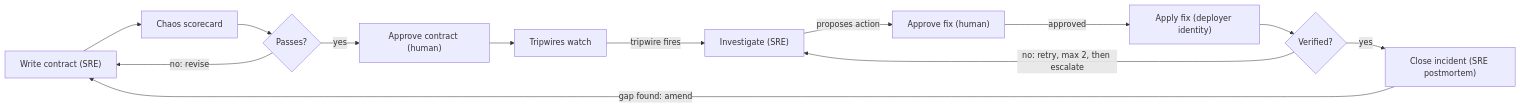
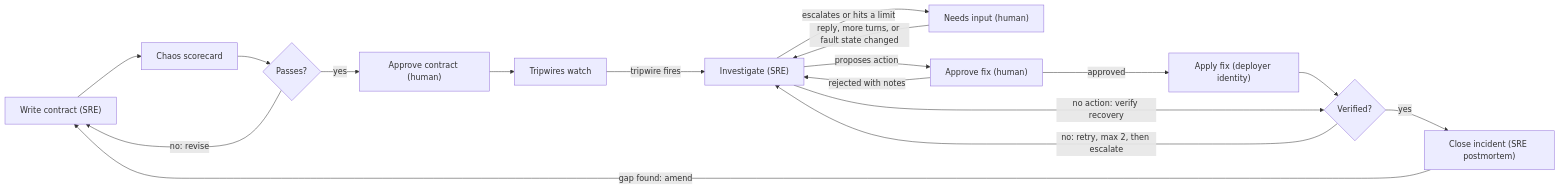
The first of 2 diagrams in docs/spec.md (Rixonpolvi/fleet-sre), drawn with Mermaid before and after one commit. The commit also changed other lines of this file and 2 other files, not shown here.

````diff
--- a/docs/spec.md
+++ b/docs/spec.md
@@ -37,12 +42,16 @@
 ```mermaid
 flowchart LR
   A["Write contract (SRE)"] --> B["Chaos scorecard"] --> C{"Passes?"}
   C -- "no: revise" --> A
   C -- "yes" --> D["Approve contract (human)"] --> E["Tripwires watch"]
   E -- "tripwire fires" --> F["Investigate (SRE)"]
+  F -- "escalates or hits a limit" --> N["Needs input (human)"]
+  N -- "reply, more turns, or fault state changed" --> F
   F -- "proposes action" --> G["Approve fix (human)"]
+  G -- "rejected with notes" --> F
   G -- "approved" --> H["Apply fix (deployer identity)"] --> I{"Verified?"}
+  F -- "no action: verify recovery" --> I
   I -- "no: retry, max 2, then escalate" --> F
   I -- "yes" --> J["Close incident (SRE postmortem)"]
   J -- "gap found: amend" --> A
 ```
````
